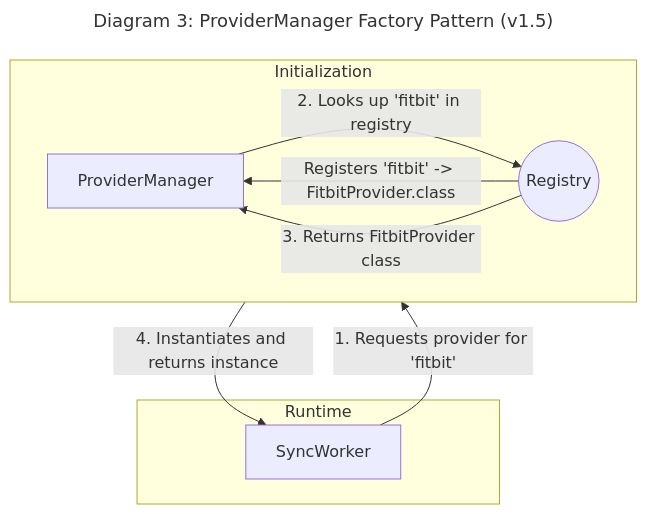
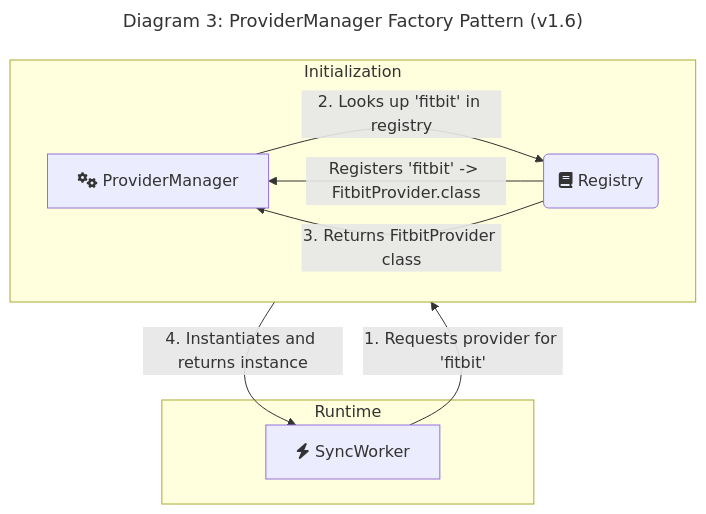
The tenth of 15 diagrams in docs/architecture/06-technical-architecture.md (dino10bit/healthsync), drawn with Mermaid before and after one commit. The commit also changed other lines of this file, not shown here.

First line of the commit message:
Enhance diagrams with professional styling and icons

````diff
--- a/docs/architecture/06-technical-architecture.md
+++ b/docs/architecture/06-technical-architecture.md
@@ -1221,21 +1299,21 @@
 ```mermaid
 ---
-title: "Diagram 3: ProviderManager Factory Pattern (v1.5)"
+title: "Diagram 3: ProviderManager Factory Pattern (v1.6)"
 ---
 graph TD
-    A[SyncWorker]
-    B[ProviderManager]
-    C((Registry))
+    A["`fa:fa-bolt SyncWorker`"]
+    B["`fa:fa-cogs ProviderManager`"]
+    C("`fa:fa-book Registry`")
 
     subgraph Initialization
         direction LR
         C -- "Registers 'fitbit' -> FitbitProvider.class" --> B
     end
 
     subgraph "Runtime"
         A -- "1. Requests provider for 'fitbit'" --> B
         B -- "2. Looks up 'fitbit' in registry" --> C
         C -- "3. Returns FitbitProvider class" --> B
         B -- "4. Instantiates and returns instance" --> A
     end
 ```
````
